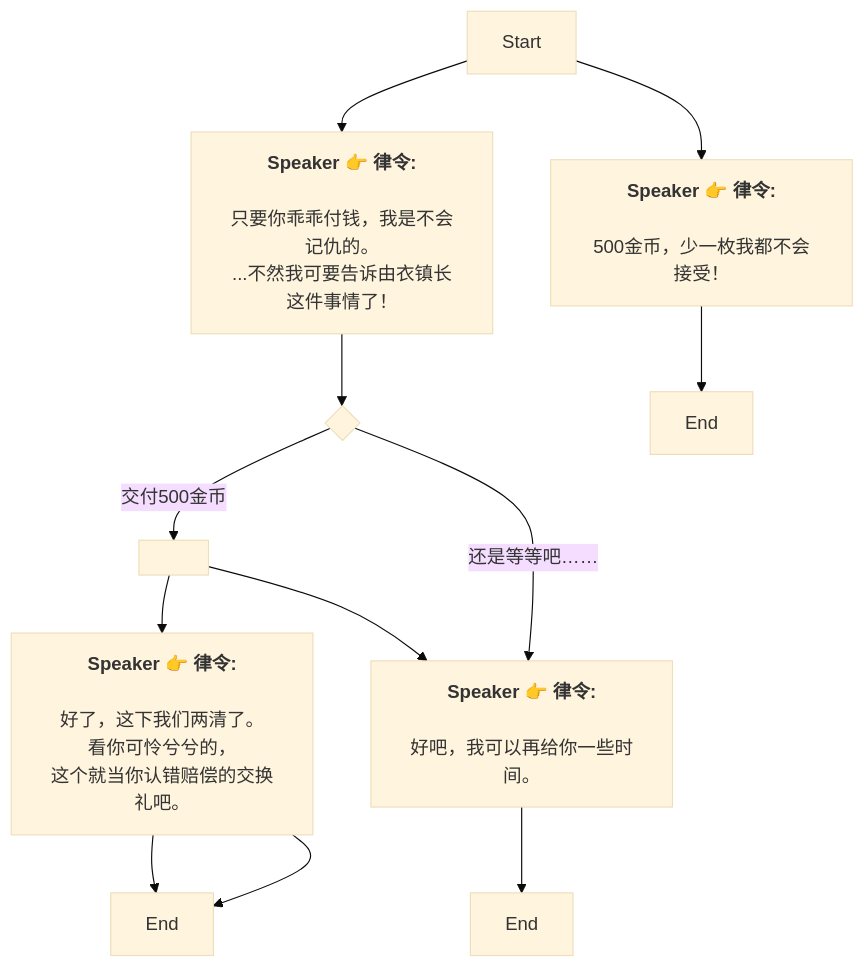
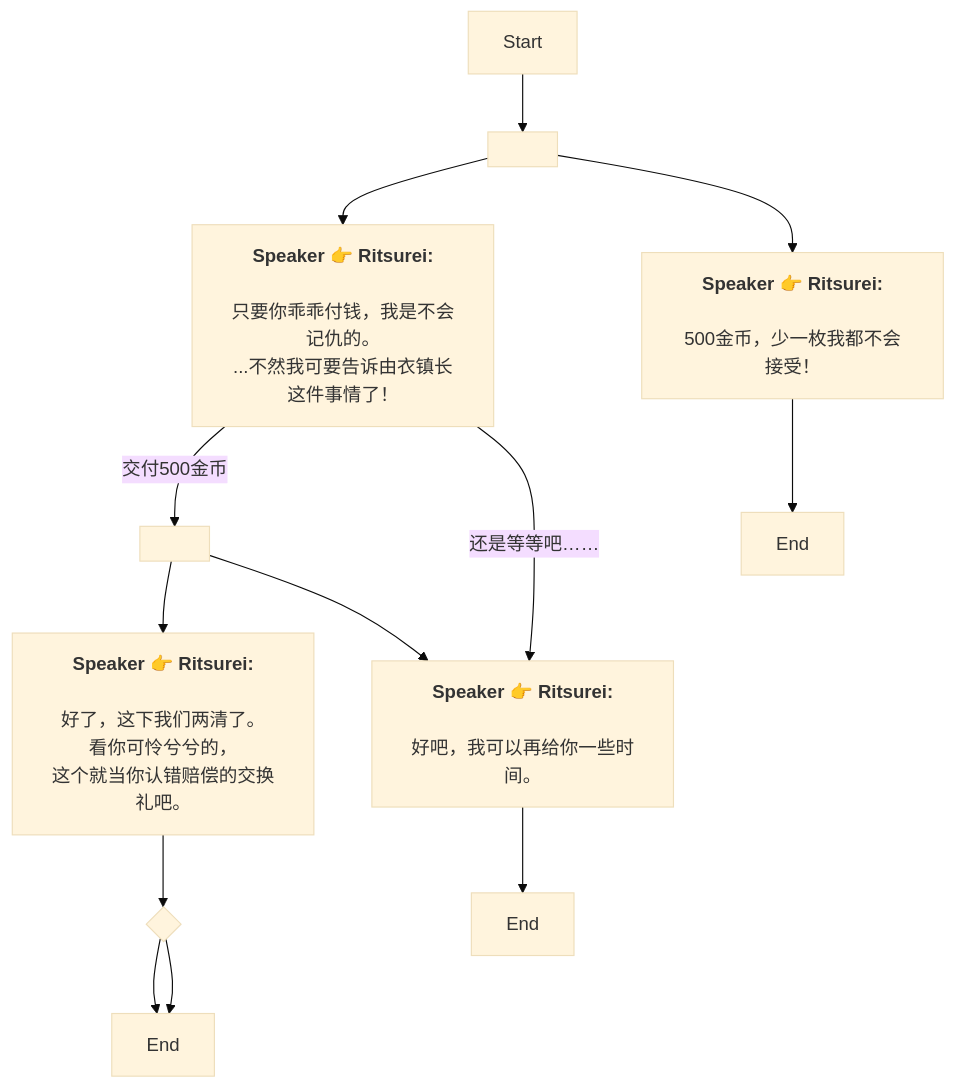
The diagram in Zh/QuestTalkObjectiveNode_1739145281838423.md (SoftHu/tos_avg), drawn with Mermaid (base theme) before and after one commit. The commit also changed 737 other files, not shown here.

````diff
--- a/Zh/QuestTalkObjectiveNode_1739145281838423.md
+++ b/Zh/QuestTalkObjectiveNode_1739145281838423.md
@@ -1,28 +1,23 @@
 ```mermaid
 graph
-Start -->1739145508784474[<b>Speaker 👉 律令:</b>
-
-只要你乖乖付钱，我是不会记仇的。
+Start -->1739411791792326[ ]
+1739411791792326 -->1739145508784474[<b>Speaker 👉 Ritsurei:</b>
+\n只要你乖乖付钱，我是不会记仇的。
 ...不然我可要告诉由衣镇长这件事情了！]
-Start -->1739146462102898[<b>Speaker 👉 律令:</b>
-
-500金币，少一枚我都不会接受！]
-1739145508784474 -->1739145613992284{ }
-1739145613992284 -->|交付500金币|1739145581540699[ ]
-1739145613992284 -->|还是等等吧……|1739145810487649[<b>Speaker 👉 律令:</b>
-
-好吧，我可以再给你一些时间。]
-1739145581540699 -->1739145858092387[<b>Speaker 👉 律令:</b>
-
-好了，这下我们两清了。
-看你可怜兮兮的，
+1739411791792326 -->1739146462102898[<b>Speaker 👉 Ritsurei:</b>
+\n500金币，少一枚我都不会接受！]
+1739145508784474 -->|交付500金币|1739145581540699[ ]
+1739145508784474 -->|还是等等吧……|1739145810487649[<b>Speaker 👉 Ritsurei:</b>
+\n好吧，我可以再给你一些时间。]
+1739145581540699 -->1739145858092387[<b>Speaker 👉 Ritsurei:</b>
+\n好了，这下我们两清了。\n看你可怜兮兮的，
 这个就当你认错赔偿的交换礼吧。]
-1739145581540699 -->1739145810487649[<b>Speaker 👉 律令:</b>
-
-好吧，我可以再给你一些时间。]
-1739145858092387 -->1739146078617956[End]
-1739145858092387 -->1739146078617956[End]
+1739145581540699 -->1739145810487649[<b>Speaker 👉 Ritsurei:</b>
+\n好吧，我可以再给你一些时间。]
+1739145858092387 -->1770734707650649{ }
+1770734707650649 -->1739146078617956[End]
+1770734707650649 -->1739146078617956[End]
 1739145810487649 -->1739145852275042[End]
 1739146462102898 -->1739146492336499[End]
 
- ```
+```
````
